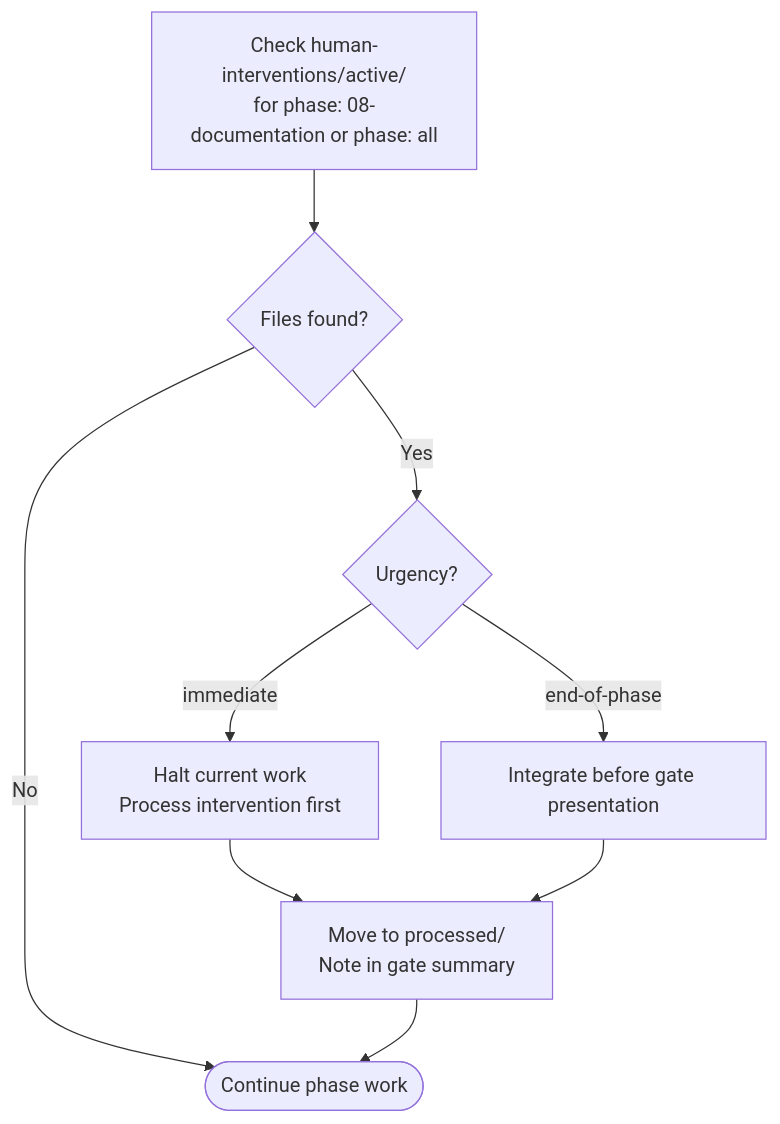
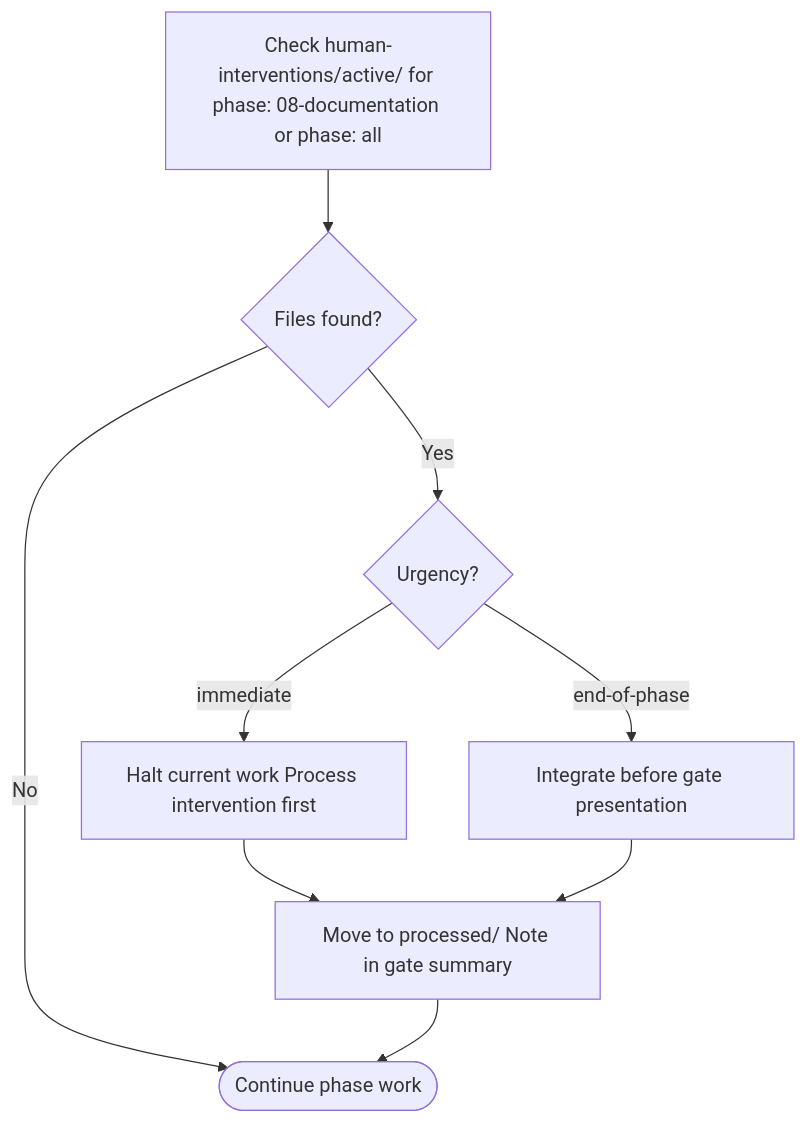
Before and after one commit to ivanyeors/product-agentic-templates: the second of 2 diagrams in .cursor/skills/08-documentation/SKILL.md, drawn with Mermaid. The commit also changed other lines of this file and 39 other files, not shown here.

````diff
--- a/.cursor/skills/08-documentation/SKILL.md
+++ b/.cursor/skills/08-documentation/SKILL.md
@@ -296,11 +296,11 @@
 ```mermaid
 flowchart TD
-    check[Check human-interventions/active/\nfor phase: 08-documentation or phase: all] --> found{Files found?}
+    check[Check human-interventions/active/ for phase: 08-documentation or phase: all] --> found{Files found?}
     found -->|No| proceed([Continue phase work])
     found -->|Yes| urgency{Urgency?}
-    urgency -->|immediate| halt[Halt current work\nProcess intervention first]
+    urgency -->|immediate| halt[Halt current work Process intervention first]
     urgency -->|end-of-phase| queue[Integrate before gate presentation]
-    halt --> archive[Move to processed/\nNote in gate summary]
+    halt --> archive[Move to processed/ Note in gate summary]
     queue --> archive
     archive --> proceed
 ```
````
